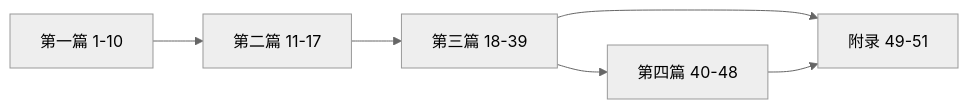
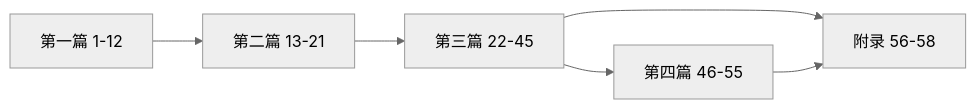
Before and after one commit to yuan21c/learn_arch: the diagram in README.md, drawn with Mermaid (neutral theme). The commit also changed other lines of this file and 109 other files, not shown here.

````diff
--- a/README.md
+++ b/README.md
@@ -47,8 +47,8 @@
 ```mermaid
 flowchart LR
-  A[第一篇 1-10] --> B[第二篇 11-17]
-  B --> C[第三篇 18-39]
-  C --> D[第四篇 40-48]
-  C --> E[附录 49-51]
+  A[第一篇 1-12] --> B[第二篇 13-21]
+  B --> C[第三篇 22-45]
+  C --> D[第四篇 46-55]
+  C --> E[附录 56-58]
   D --> E
 ```
````
